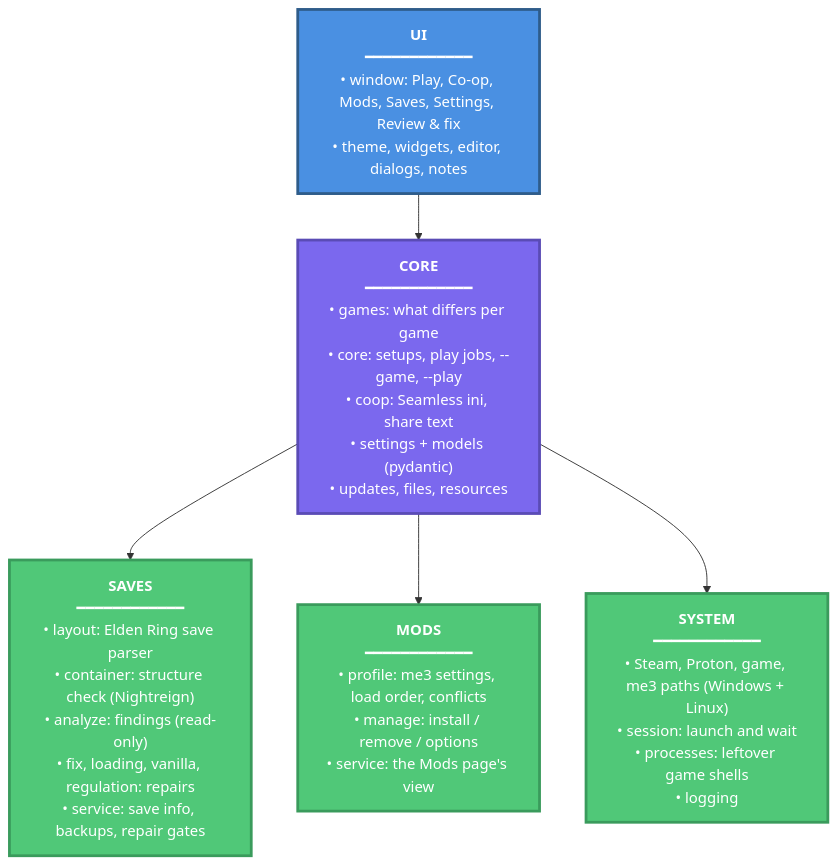
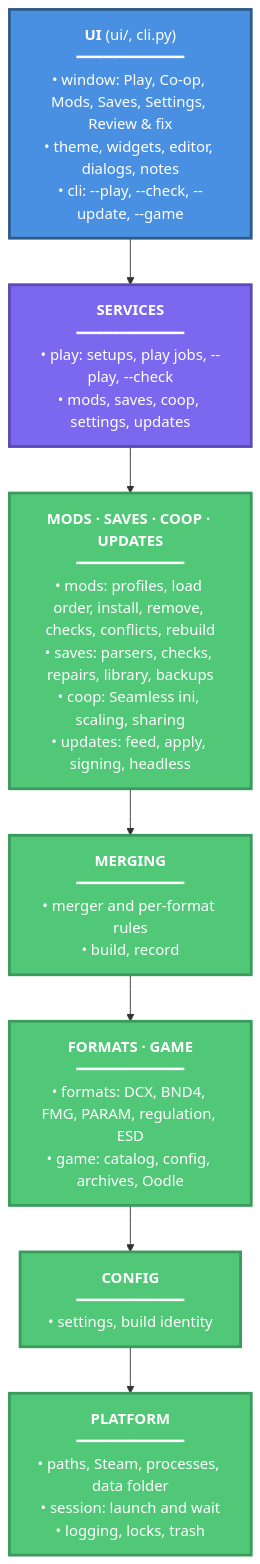
Before and after one commit to Carlomos7/roundtable-souls: the diagram in README.md, drawn with Mermaid. The commit also changed other lines of this file and 3 other files, not shown here.

````diff
--- a/README.md
+++ b/README.md
@@ -9,20 +9,24 @@
 ```mermaid
 graph TD
-    UI["<b>UI</b><br/>━━━━━━━━━━━━<br/>• window: Play, Co-op, Mods, Saves, Settings, Review & fix<br/>• theme, widgets, editor, dialogs, notes"]
-    CORE["<b>CORE</b><br/>━━━━━━━━━━━━<br/>• games: what differs per game<br/>• core: setups, play jobs, --game, --play<br/>• coop: Seamless ini, share text<br/>• settings + models (pydantic)<br/>• updates, files, resources"]
-    SAVES["<b>SAVES</b><br/>━━━━━━━━━━━━<br/>• layout: Elden Ring save parser<br/>• container: structure check (Nightreign)<br/>• analyze: findings (read-only)<br/>• fix, loading, vanilla, regulation: repairs<br/>• service: save info, backups, repair gates"]
-    MODS["<b>MODS</b><br/>━━━━━━━━━━━━<br/>• profile: me3 settings, load order, conflicts<br/>• manage: install / remove / options<br/>• service: the Mods page's view"]
-    SYSTEM["<b>SYSTEM</b><br/>━━━━━━━━━━━━<br/>• Steam, Proton, game, me3 paths (Windows + Linux)<br/>• session: launch and wait<br/>• processes: leftover game shells<br/>• logging"]
+    UI["<b>UI</b> (ui/, cli.py)<br/>━━━━━━━━━━━━<br/>• window: Play, Co-op, Mods, Saves, Settings, Review & fix<br/>• theme, widgets, editor, dialogs, notes<br/>• cli: --play, --check, --update, --game"]
+    SERVICES["<b>SERVICES</b><br/>━━━━━━━━━━━━<br/>• play: setups, play jobs, --play, --check<br/>• mods, saves, coop, settings, updates"]
+    AREAS["<b>MODS · SAVES · COOP · UPDATES</b><br/>━━━━━━━━━━━━<br/>• mods: profiles, load order, install, remove, checks, conflicts, rebuild<br/>• saves: parsers, checks, repairs, library, backups<br/>• coop: Seamless ini, scaling, sharing<br/>• updates: feed, apply, signing, headless"]
+    MERGING["<b>MERGING</b><br/>━━━━━━━━━━━━<br/>• merger and per-format rules<br/>• build, record"]
+    FILES["<b>FORMATS · GAME</b><br/>━━━━━━━━━━━━<br/>• formats: DCX, BND4, FMG, PARAM, regulation, ESD<br/>• game: catalog, config, archives, Oodle"]
+    CONFIG["<b>CONFIG</b><br/>━━━━━━━━━━━━<br/>• settings, build identity"]
+    PLATFORM["<b>PLATFORM</b><br/>━━━━━━━━━━━━<br/>• paths, Steam, processes, data folder<br/>• session: launch and wait<br/>• logging, locks, trash"]
 
-    UI --> CORE
-    CORE --> SAVES
-    CORE --> MODS
-    CORE --> SYSTEM
+    UI --> SERVICES
+    SERVICES --> AREAS
+    AREAS --> MERGING
+    MERGING --> FILES
+    FILES --> CONFIG
+    CONFIG --> PLATFORM
 
     classDef ui fill:#4A90E2,stroke:#2E5C8A,stroke-width:3px,color:#fff
     classDef core fill:#7B68EE,stroke:#5A4BB5,stroke-width:3px,color:#fff
     classDef layer fill:#50C878,stroke:#3A9B5C,stroke-width:3px,color:#fff
     class UI ui
-    class CORE core
-    class SAVES,MODS,SYSTEM layer
+    class SERVICES core
+    class AREAS,MERGING,FILES,CONFIG,PLATFORM layer
 ```
````
